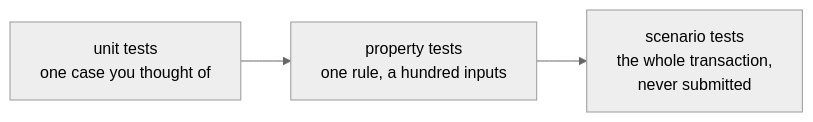
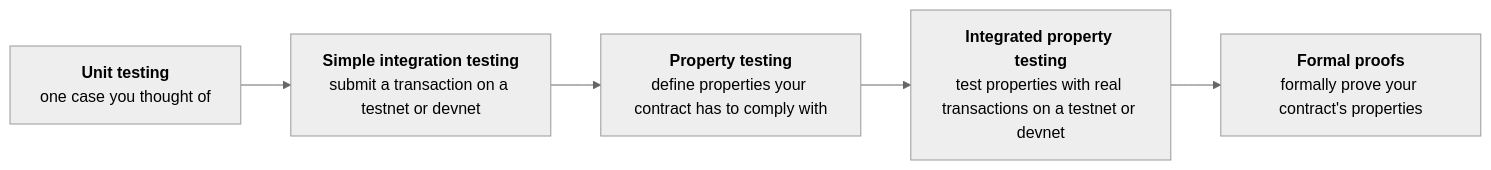
Before and after one commit to cardano-foundation/developer-portal: the diagram in docs/developers/onboarding/lectures/intermediate/6-testing.md, drawn with Mermaid (neutral theme). The commit also changed other lines of this file and 21 other files, not shown here.

````diff
--- a/docs/developers/onboarding/lectures/intermediate/6-testing.md
+++ b/docs/developers/onboarding/lectures/intermediate/6-testing.md
@@ -23,4 +21,4 @@
 ```mermaid
 flowchart LR
-    U["unit tests<br/>one case you thought of"] --> P["property tests<br/>one rule, a hundred inputs"] --> S["scenario tests<br/>the whole transaction,<br/>never submitted"]
+    A["<b>Unit testing</b><br/>one case you thought of"] --> B["<b>Simple integration testing</b><br/>submit a transaction on a testnet or devnet"] --> C["<b>Property testing</b><br/>define properties your contract has to comply with"] --> D["<b>Integrated property testing</b><br/>test properties with real transactions on a testnet or devnet"] --> E["<b>Formal proofs</b><br/>formally prove your contract's properties"]
 ```
````
